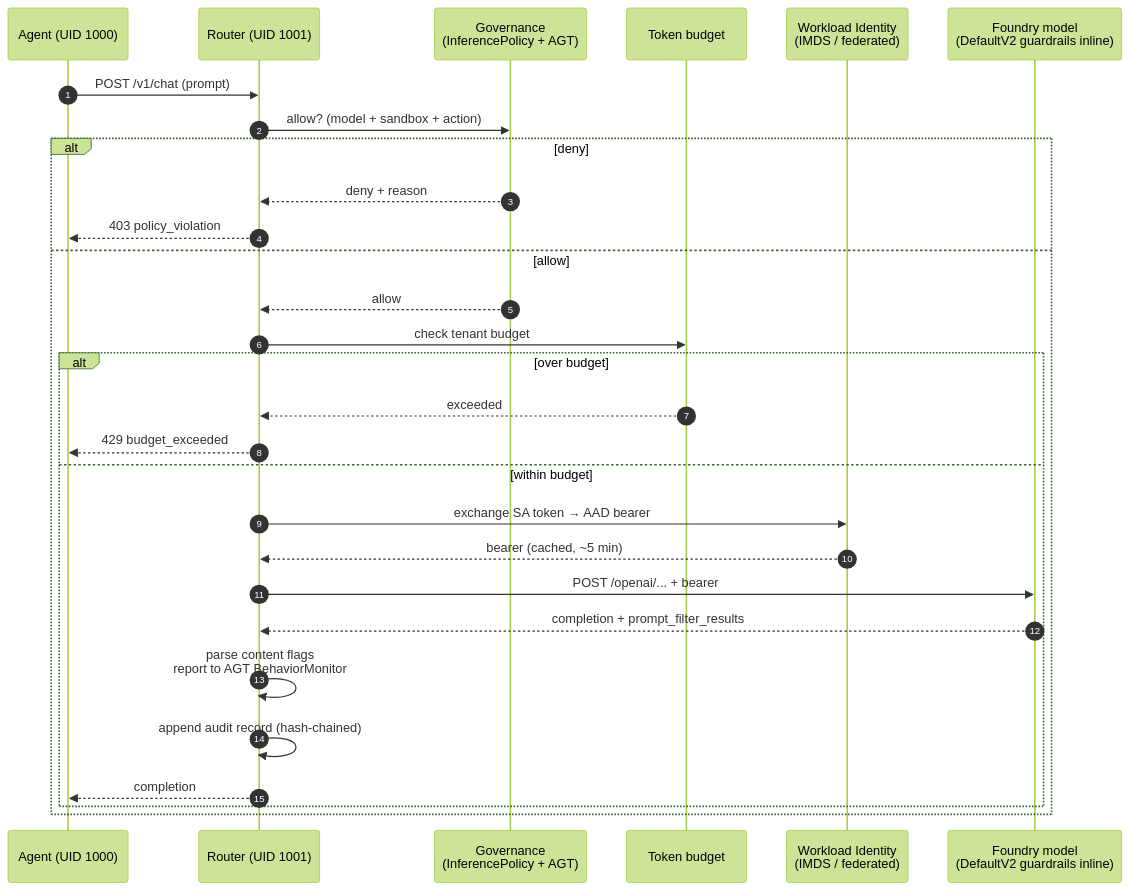
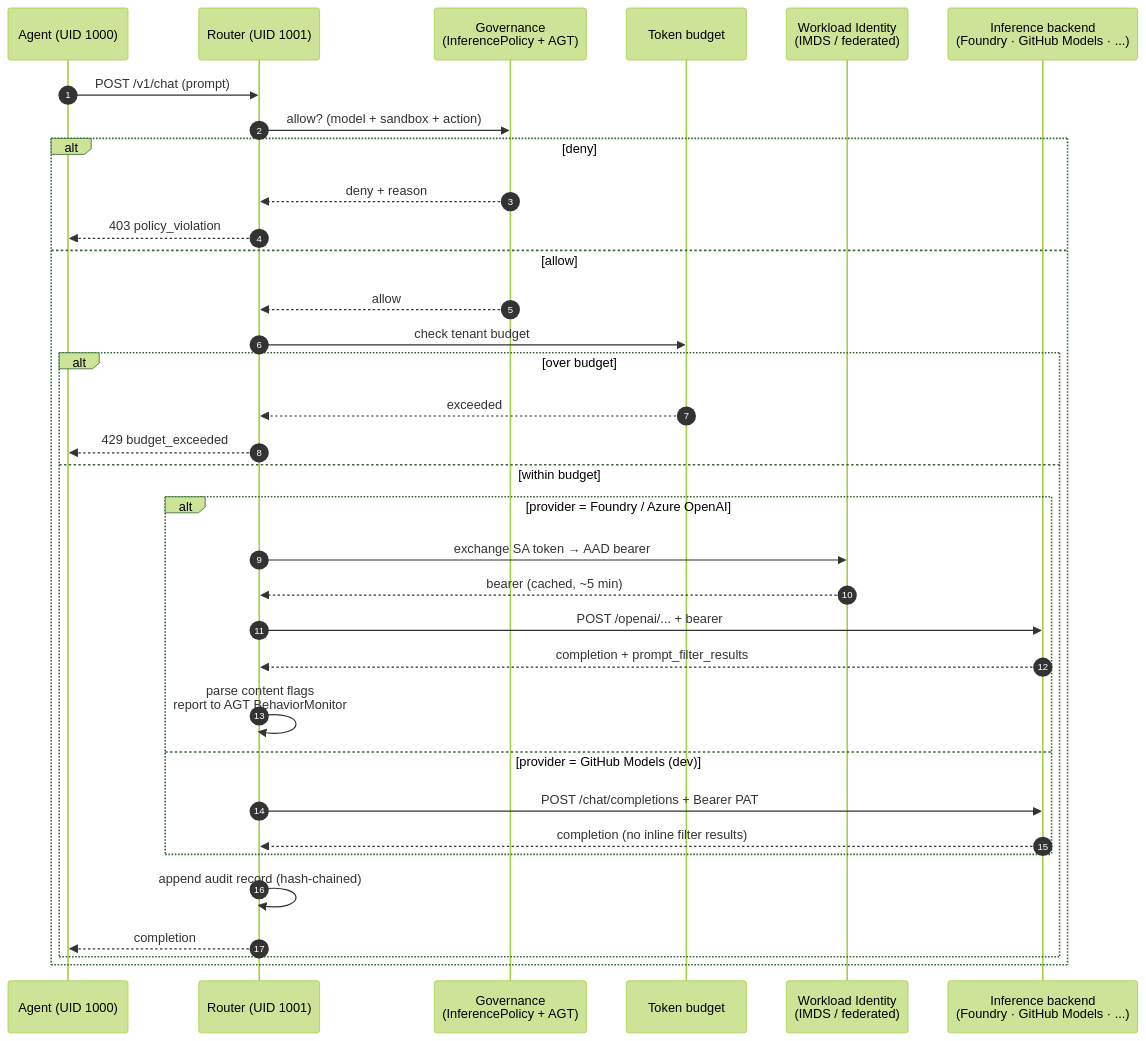
The diagram in docs/architecture.md (Azure/kars), drawn with Mermaid (forest theme) before and after one commit. The commit also changed other lines of this file, not shown here.

Commit message:
docs(architecture): add GitHub Models to inference data-path diagram
The inference data-path sequence diagram in docs/architecture.md only
showed Foundry. With GitHub Models now a first-class provider in dev
mode (#220), the diagram and prose now show both backends side-by-side
with an `alt` block:

- **Foundry / Azure OpenAI** branch: Workload Identity → AAD bearer →
  Foundry, inline DefaultV2 guardrails parsed from
  prompt_filter_results.
- **GitHub Models** branch: Bearer PAT direct, no inline
  prompt_filter_results (the Content Safety gap is already documented
  in security.md and cross-referenced from here).

Also added a short note about provider-expansion: GitHub Models is the
second backend wired in; adding more (Anthropic, Bedrock, third-party
OpenAI-compatible gateways) is mostly an endpoint+auth recipe in
`build_upstream_url` plus a CLI prompt branch. Tracked via GitHub
issues / feature requests.

````diff
--- a/docs/architecture.md
+++ b/docs/architecture.md
@@ -64,32 +64,37 @@
 ```mermaid
 sequenceDiagram
   autonumber
   participant Agent as Agent (UID 1000)
   participant Router as Router (UID 1001)
   participant Gov as Governance<br/>(InferencePolicy + AGT)
   participant Budget as Token budget
   participant WI as Workload Identity<br/>(IMDS / federated)
-  participant Foundry as Foundry model<br/>(DefaultV2 guardrails inline)
+  participant Model as Inference backend<br/>(Foundry · GitHub Models · ...)
 
   Agent->>Router: POST /v1/chat (prompt)
   Router->>Gov: allow? (model + sandbox + action)
   alt deny
     Gov-->>Router: deny + reason
     Router-->>Agent: 403 policy_violation
   else allow
     Gov-->>Router: allow
     Router->>Budget: check tenant budget
     alt over budget
       Budget-->>Router: exceeded
       Router-->>Agent: 429 budget_exceeded
     else within budget
-      Router->>WI: exchange SA token → AAD bearer
-      WI-->>Router: bearer (cached, ~5 min)
-      Router->>Foundry: POST /openai/... + bearer
-      Foundry-->>Router: completion + prompt_filter_results
-      Router->>Router: parse content flags<br/>report to AGT BehaviorMonitor
+      alt provider = Foundry / Azure OpenAI
+        Router->>WI: exchange SA token → AAD bearer
+        WI-->>Router: bearer (cached, ~5 min)
+        Router->>Model: POST /openai/... + bearer
+        Model-->>Router: completion + prompt_filter_results
+        Router->>Router: parse content flags<br/>report to AGT BehaviorMonitor
+      else provider = GitHub Models (dev)
+        Router->>Model: POST /chat/completions + Bearer PAT
+        Model-->>Router: completion (no inline filter results)
+      end
       Router->>Router: append audit record (hash-chained)
       Router-->>Agent: completion
     end
   end
 ```
````
